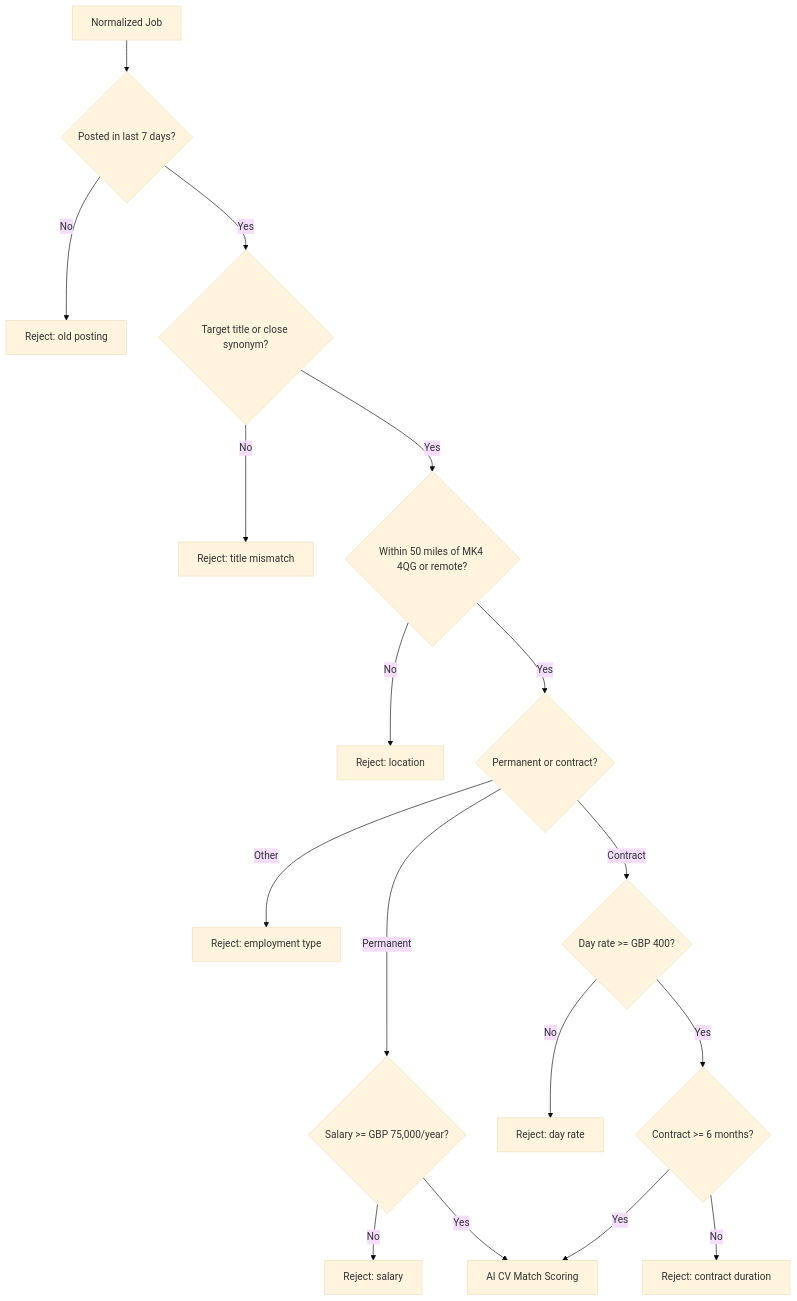
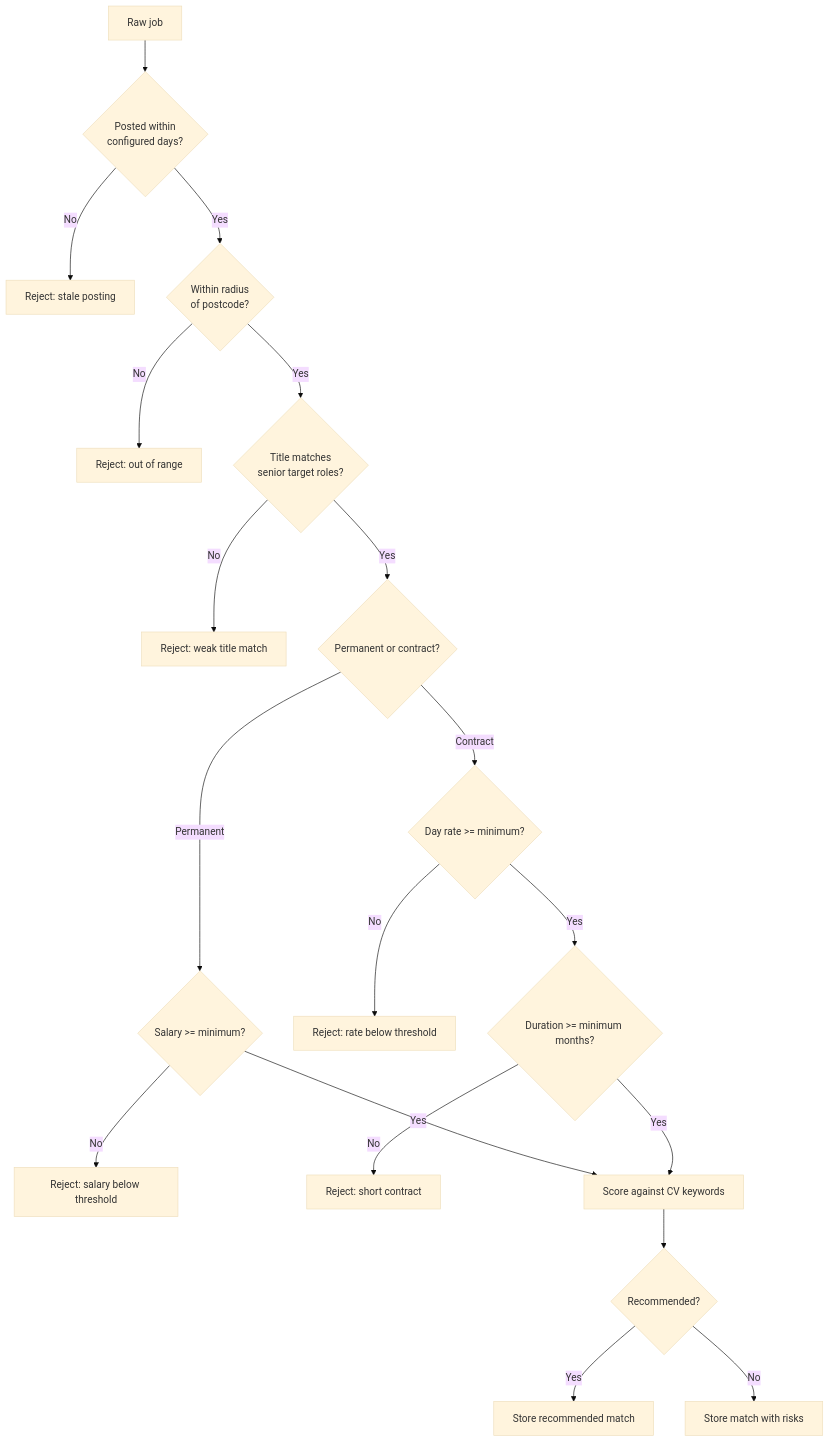
Before and after one commit to ekanatha-urivakili/AiJobSearchAgent: the sixth of 7 diagrams in docs/job-search-agent-architecture.md, drawn with Mermaid (base theme). The commit also changed other lines of this file and 21 other files, not shown here.

````diff
--- a/docs/job-search-agent-architecture.md
+++ b/docs/job-search-agent-architecture.md
@@ -345,19 +201,21 @@
 ```mermaid
 flowchart TD
-    Start["Normalized Job"] --> PostedDate{"Posted in last 7 days?"}
-    PostedDate -- No --> RejectOld["Reject: old posting"]
-    PostedDate -- Yes --> Title{"Target title or close synonym?"}
-    Title -- No --> RejectTitle["Reject: title mismatch"]
-    Title -- Yes --> Location{"Within 50 miles of MK4 4QG or remote?"}
-    Location -- No --> RejectLocation["Reject: location"]
-    Location -- Yes --> Type{"Permanent or contract?"}
-    Type -- Other --> RejectType["Reject: employment type"]
-    Type -- Permanent --> Salary{"Salary >= GBP 75,000/year?"}
-    Type -- Contract --> Rate{"Day rate >= GBP 400?"}
-    Salary -- No --> RejectSalary["Reject: salary"]
-    Salary -- Yes --> Score["AI CV Match Scoring"]
-    Rate -- No --> RejectRate["Reject: day rate"]
-    Rate -- Yes --> Duration{"Contract >= 6 months?"}
-    Duration -- No --> RejectDuration["Reject: contract duration"]
+    Start["Raw job"] --> PostedDate{"Posted within\nconfigured days?"}
+    PostedDate -- No --> RejectDate["Reject: stale posting"]
+    PostedDate -- Yes --> Location{"Within radius\nof postcode?"}
+    Location -- No --> RejectLocation["Reject: out of range"]
+    Location -- Yes --> Title{"Title matches\nsenior target roles?"}
+    Title -- No --> RejectTitle["Reject: weak title match"]
+    Title -- Yes --> Employment{"Permanent or contract?"}
+    Employment -- Permanent --> Salary{"Salary >= minimum?"}
+    Employment -- Contract --> Rate{"Day rate >= minimum?"}
+    Salary -- No --> RejectSalary["Reject: salary below threshold"]
+    Rate -- No --> RejectRate["Reject: rate below threshold"]
+    Rate -- Yes --> Duration{"Duration >= minimum months?"}
+    Duration -- No --> RejectDuration["Reject: short contract"]
+    Salary -- Yes --> Score["Score against CV keywords"]
     Duration -- Yes --> Score
+    Score --> Recommend{"Recommended?"}
+    Recommend -- Yes --> StoreRecommended["Store recommended match"]
+    Recommend -- No --> StoreRisk["Store match with risks"]
 ```
````
